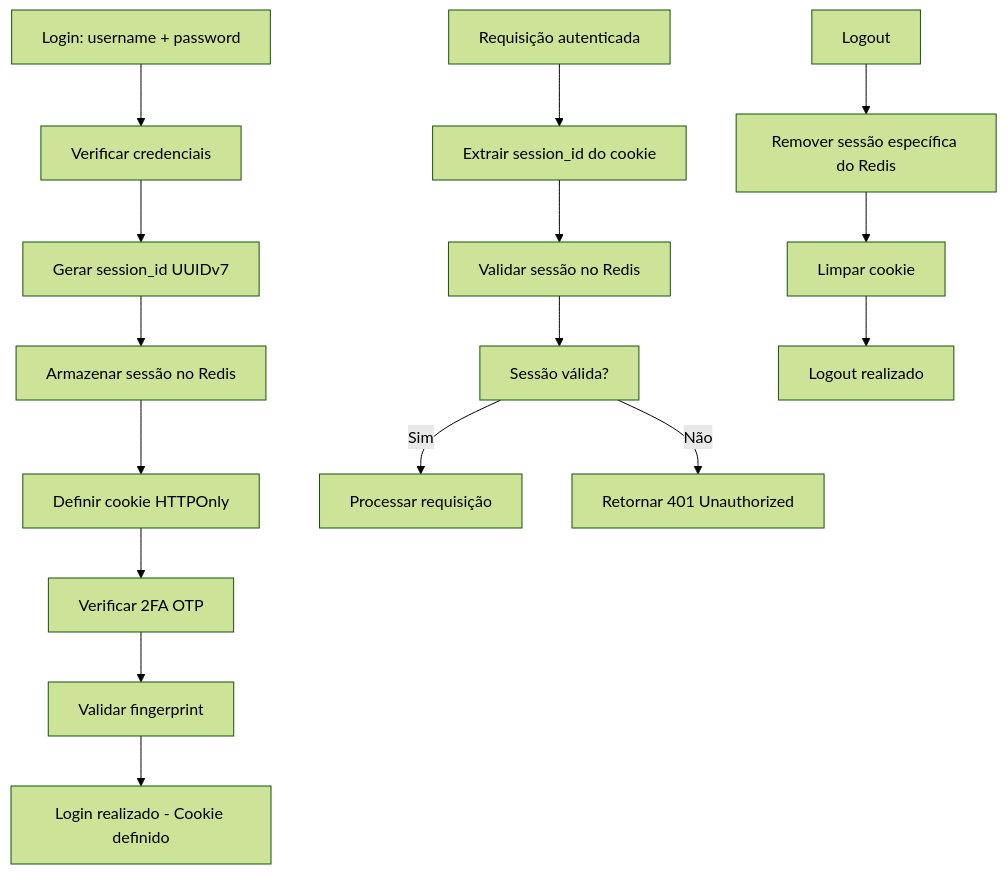
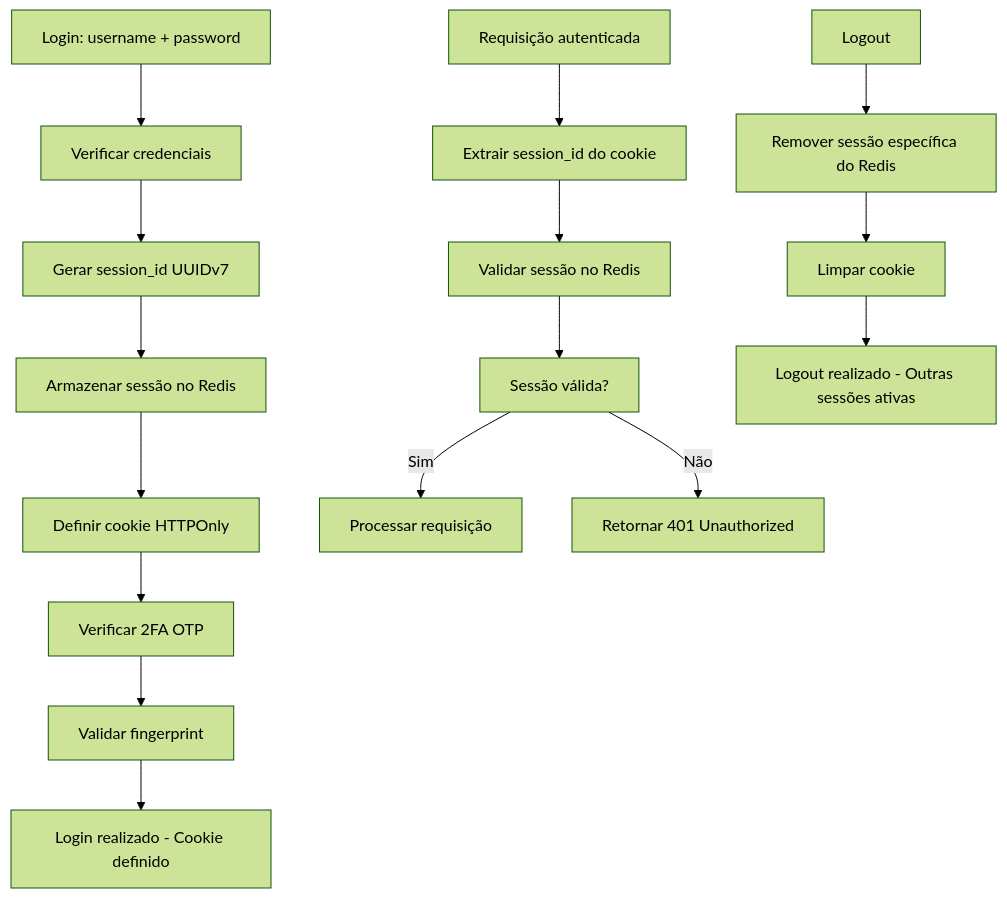
Before and after one commit to Isaac-Foster/bp-fast: the fourth of 4 diagrams in README.md, drawn with Mermaid (forest theme). The commit also changed other lines of this file and 1 other file, not shown here.

````diff
--- a/README.md
+++ b/README.md
@@ -196,20 +277,20 @@
 ```mermaid
 graph TD
     A[Login: username + password] --> B[Verificar credenciais]
     B --> C[Gerar session_id UUIDv7]
     C --> D[Armazenar sessão no Redis]
     D --> E[Definir cookie HTTPOnly]
     E --> F[Verificar 2FA OTP]
     F --> G[Validar fingerprint]
     G --> H[Login realizado - Cookie definido]
     
     I[Requisição autenticada] --> J[Extrair session_id do cookie]
     J --> K[Validar sessão no Redis]
     K --> L[Sessão válida?]
     L -->|Sim| M[Processar requisição]
     L -->|Não| N[Retornar 401 Unauthorized]
     
     O[Logout] --> P[Remover sessão específica do Redis]
     P --> Q[Limpar cookie]
-    Q --> R[Logout realizado]
+    Q --> R[Logout realizado - Outras sessões ativas]
 ```
````
